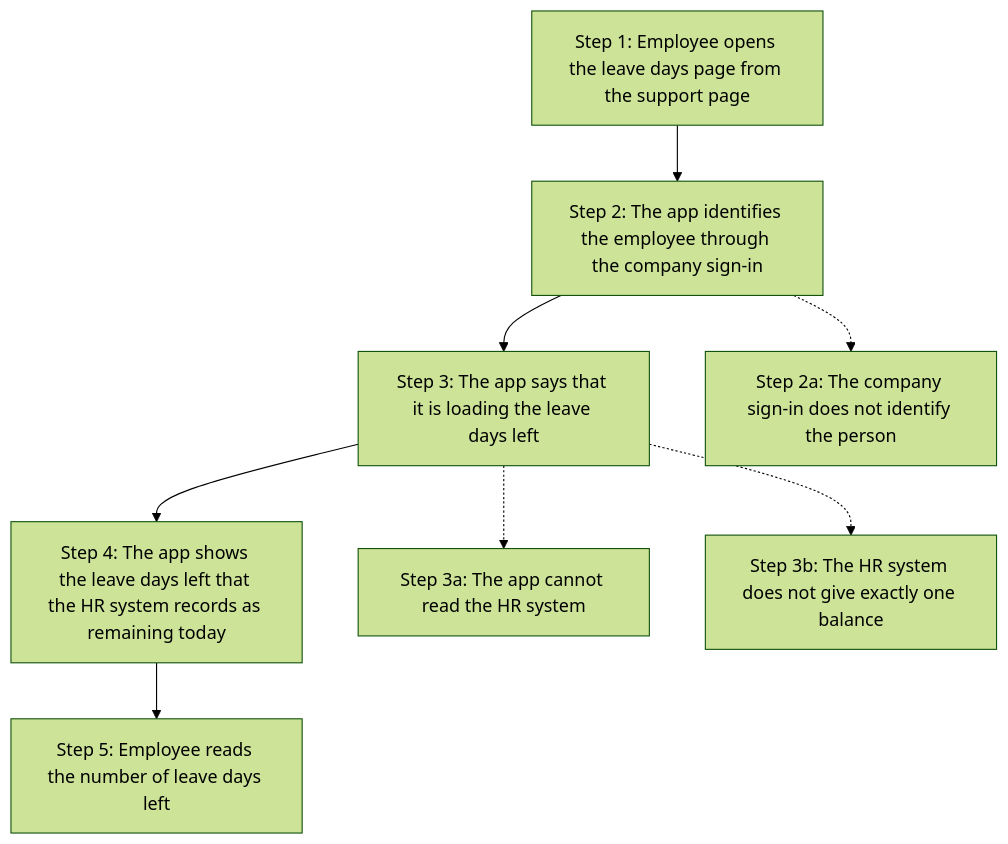
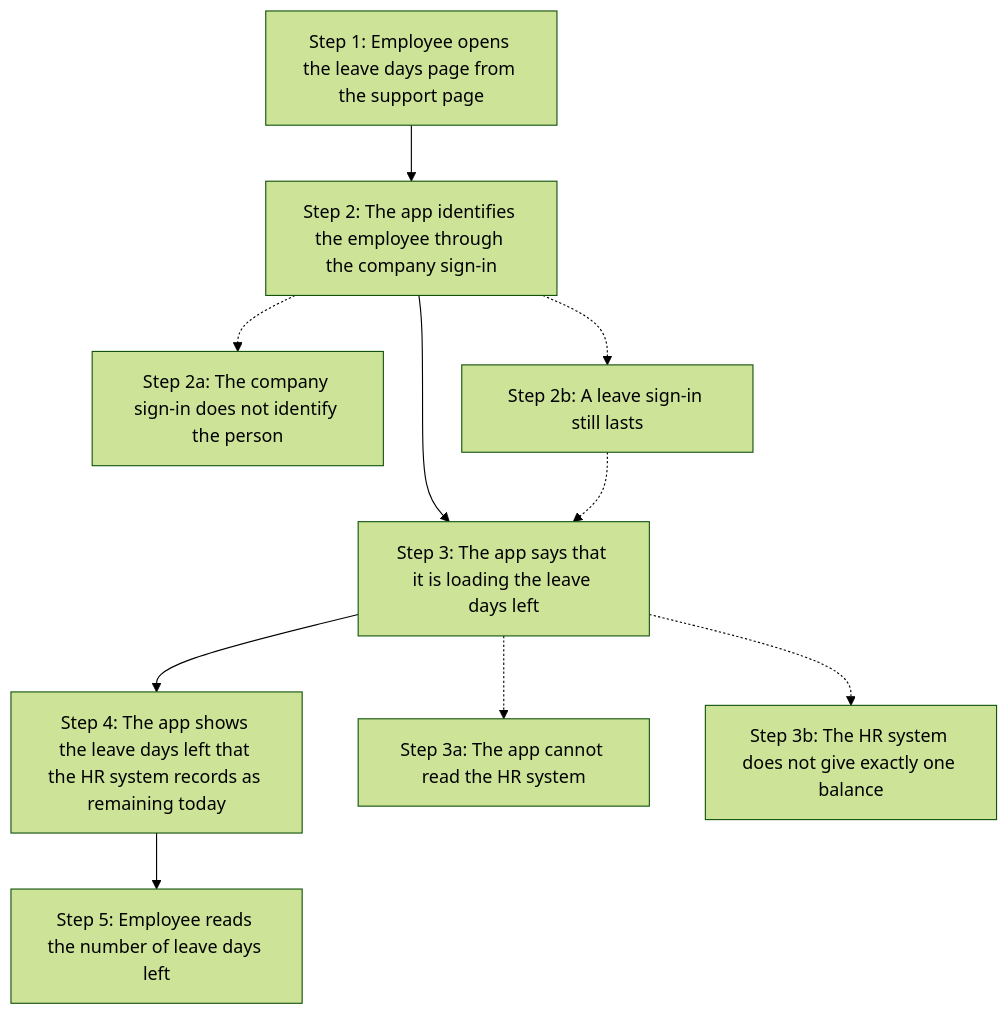
One commit to lhtshyamalshah/northstar-support-portal changed the fifth of 5 diagrams in zbrain-docs/requirements/user-journey.md. Above: the diagram before and after it, drawn with Mermaid (forest theme). The commit also changed other lines of this file and 1 other file, not shown here.

First line of the commit message:
docs(requirements): clarify leave days page session behavior

````diff
--- a/zbrain-docs/requirements/user-journey.md
+++ b/zbrain-docs/requirements/user-journey.md
@@ -153,10 +154,12 @@
 ```mermaid
 flowchart TD
   s1["Step 1: Employee opens the leave days page from the support page"] --> s2["Step 2: The app identifies the employee through the company sign-in"]
   s2 --> s3["Step 3: The app says that it is loading the leave days left"]
   s3 --> s4["Step 4: The app shows the leave days left that the HR system records as remaining today"]
   s4 --> s5["Step 5: Employee reads the number of leave days left"]
   s2 -.-> x2a["Step 2a: The company sign-in does not identify the person"]
+  s2 -.-> x2b["Step 2b: A leave sign-in still lasts"]
+  x2b -.-> s3
   s3 -.-> x3a["Step 3a: The app cannot read the HR system"]
   s3 -.-> x3b["Step 3b: The HR system does not give exactly one balance"]
 ```
````
